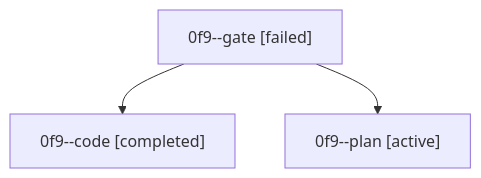
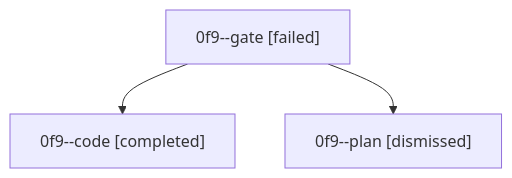
Before and after one commit to bobs-org/bob-cli--agents: the diagram in sessions/bbugyi200.athena.0f9.md, drawn with Mermaid. The commit also changed other lines of this file and 34 other files, not shown here.

````diff
--- a/sessions/bbugyi200.athena.0f9.md
+++ b/sessions/bbugyi200.athena.0f9.md
@@ -9,8 +9,8 @@
 ```mermaid
 flowchart TD
   n0["0f9--gate [failed]"]
   n1["0f9--code [completed]"]
   n0 --> n1
-  n2["0f9--plan [active]"]
+  n2["0f9--plan [dismissed]"]
   n0 --> n2
 ```
````
